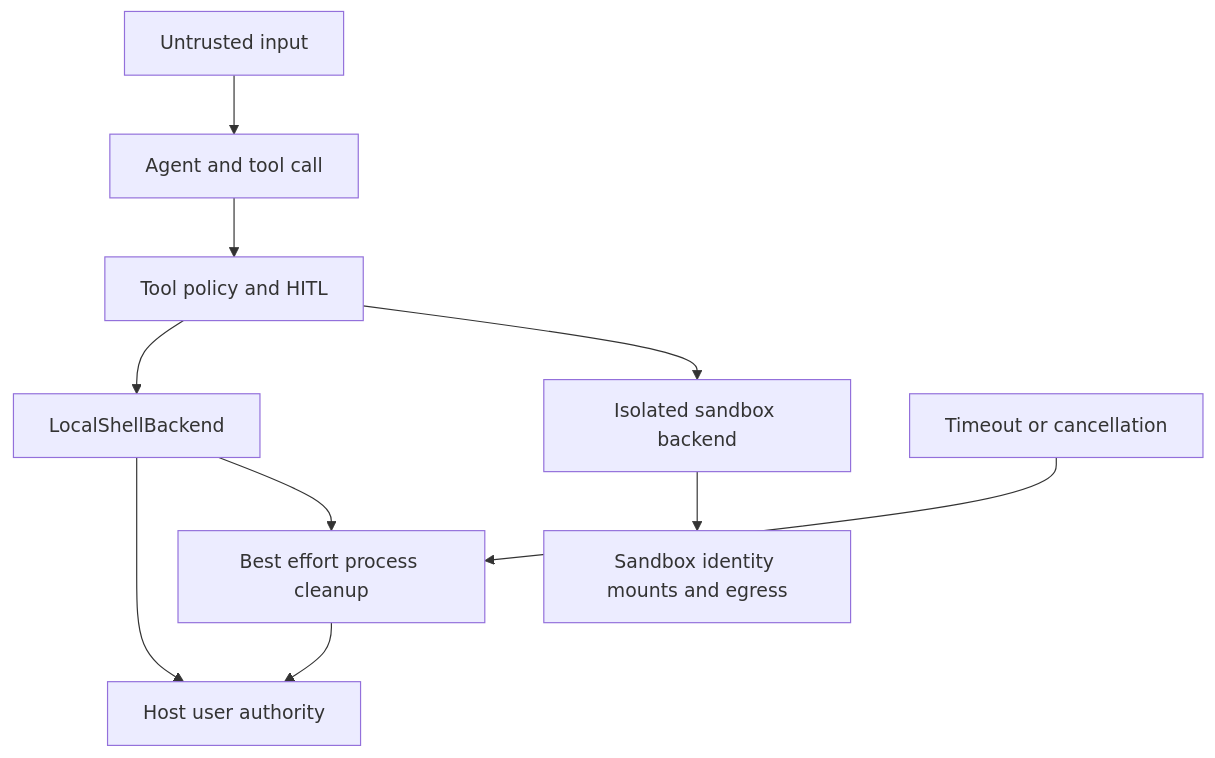
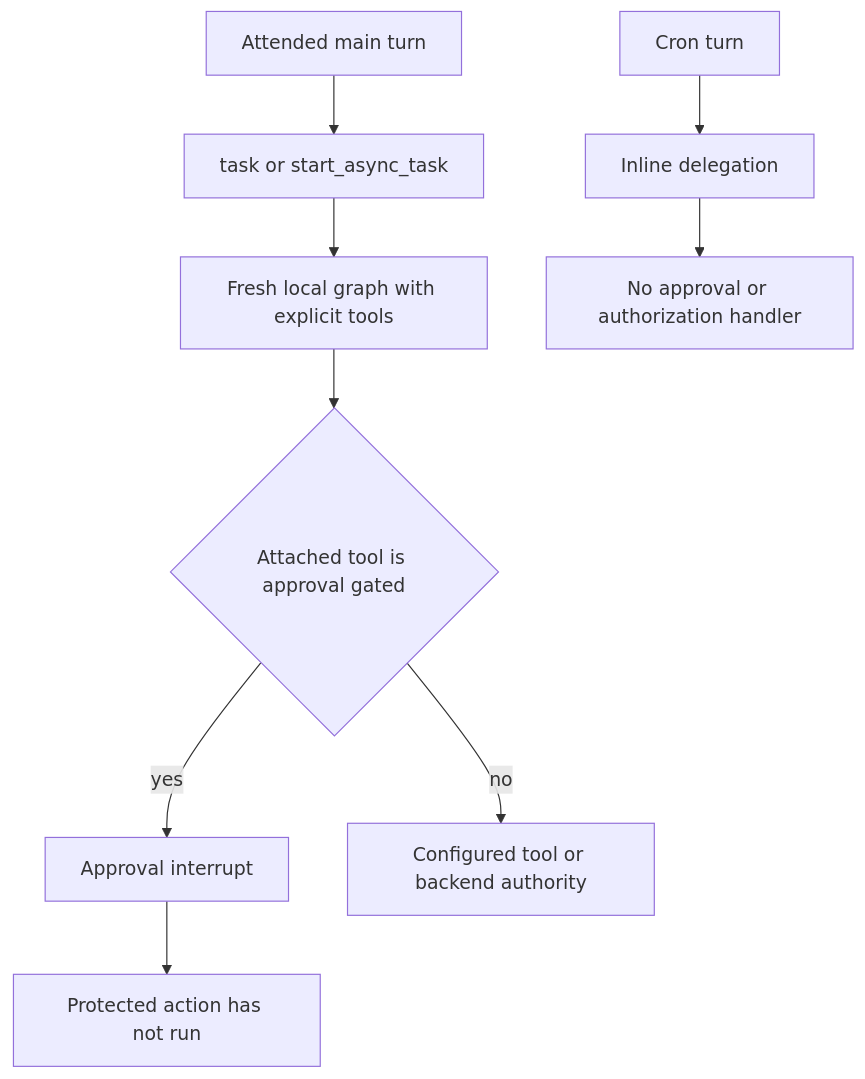
One commit to langchain-ai/deepagents changed the second of 3 diagrams in openwiki/operations/security.md. Above: the diagram before and after it, drawn with Mermaid. The commit also changed other lines of this file and 34 other files, not shown here.

````diff
--- a/openwiki/operations/security.md
+++ b/openwiki/operations/security.md
@@ -43,12 +108,11 @@
 ```mermaid
 flowchart TD
-    Input["Untrusted input"] --> Agent["Agent and tool call"]
-    Agent --> Policy["Tool policy and HITL"]
-    Policy --> Local["LocalShellBackend"]
-    Policy --> Sandbox["Isolated sandbox backend"]
-    Local --> Host["Host user authority"]
-    Timeout["Timeout or cancellation"] --> Cleanup["Best effort process cleanup"]
-    Local --> Cleanup
-    Cleanup --> Host
-    Sandbox --> Limits["Sandbox identity mounts and egress"]
+    Main["Attended main turn"] --> Delegate["task or start_async_task"]
+    Delegate --> Fresh["Fresh local graph with explicit tools"]
+    Fresh --> Gate{"Attached tool is approval gated"}
+    Gate -->|yes| Interrupt["Approval interrupt"]
+    Interrupt --> Safe["Protected action has not run"]
+    Gate -->|no| Tool["Configured tool or backend authority"]
+    Schedule["Cron turn"] --> Inline["Inline delegation"]
+    Inline --> Deny["No approval or authorization handler"]
 ```
````
